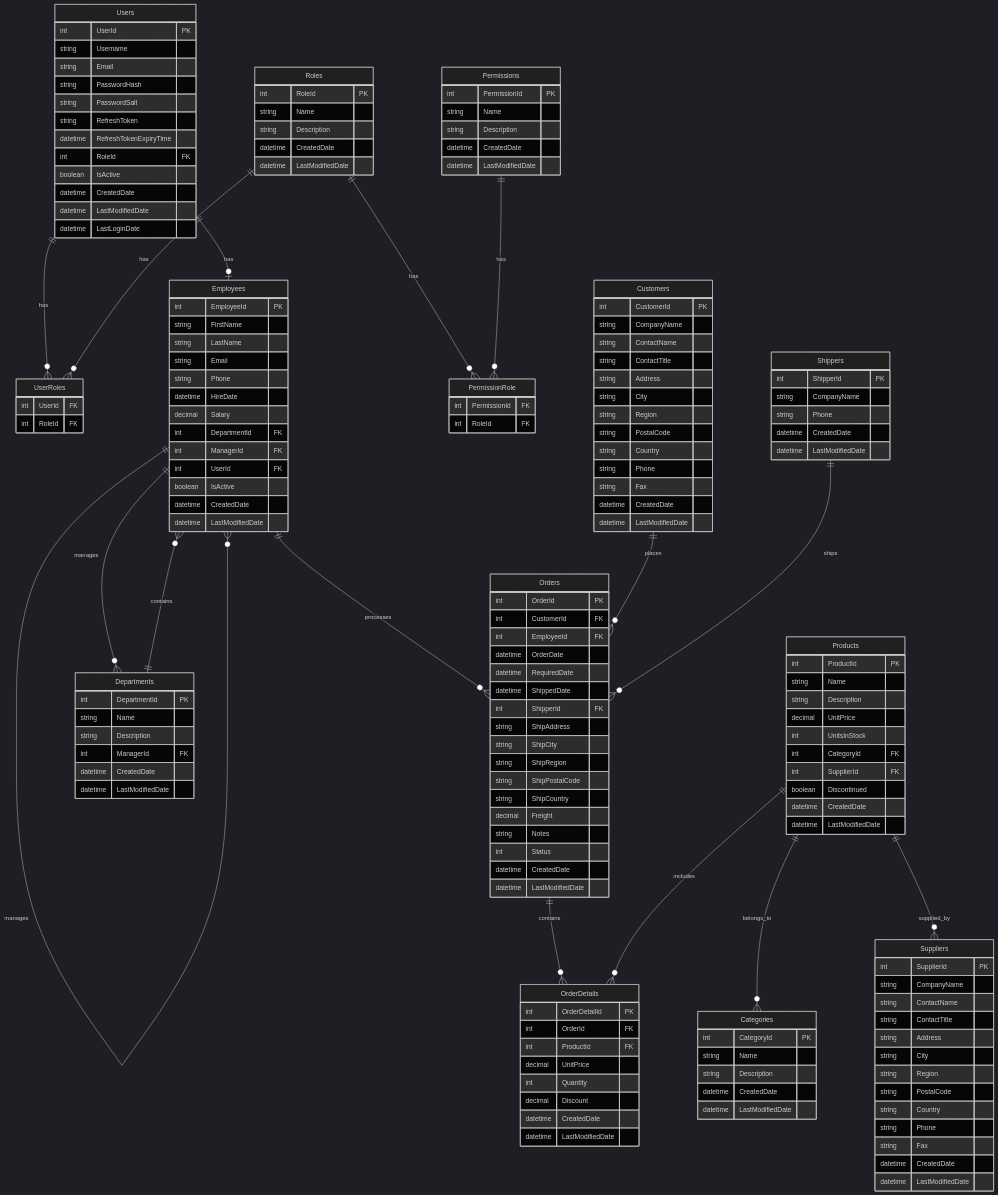
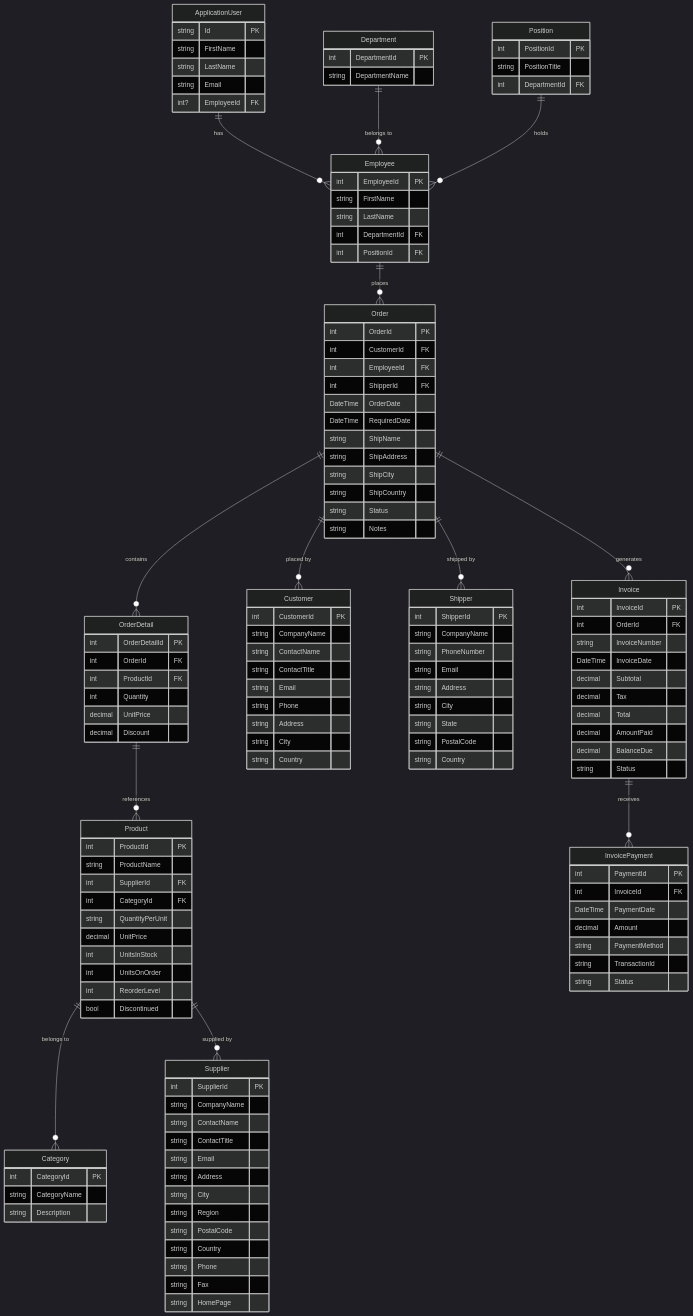
One commit to AbdulMoizQureshi-2640/AdvancedDB changed the diagram in README.md. Above: the diagram before and after it, drawn with Mermaid (dark theme). The commit also changed other lines of this file, not shown here.

````diff
--- a/README.md
+++ b/README.md
@@ -6,82 +1,73 @@
 ```mermaid
 erDiagram
-    Users ||--o{ UserRoles : has
-    Users ||--o| Employees : has
-    Roles ||--o{ UserRoles : has
-    Roles ||--o{ PermissionRole : has
-    Permissions ||--o{ PermissionRole : has
-    Employees ||--o{ Employees : manages
-    Employees ||--o{ Orders : processes
-    Employees ||--o{ Departments : manages
-    Departments ||--o{ Employees : contains
-    Customers ||--o{ Orders : places
-    Orders ||--o{ OrderDetails : contains
-    Products ||--o{ OrderDetails : includes
-    Products ||--o{ Categories : belongs_to
-    Products ||--o{ Suppliers : supplied_by
-    Shippers ||--o{ Orders : ships
-
-    Users {
-        int UserId PK
-        string Username
+    ApplicationUser {
+        string Id PK
+        string FirstName
+        string LastName
         string Email
-        string PasswordHash
-        string PasswordSalt
-        string RefreshToken
-        datetime RefreshTokenExpiryTime
-        int RoleId FK
-        boolean IsActive
-        datetime CreatedDate
-        datetime LastModifiedDate
-        datetime LastLoginDate
+        int? EmployeeId FK
     }
-
-    Roles {
-        int RoleId PK
-        string Name
-        string Description
-        datetime CreatedDate
-        datetime LastModifiedDate
-    }
-
-    Permissions {
-        int PermissionId PK
-        string Name
-        string Description
-        datetime CreatedDate
-        datetime LastModifiedDate
-    }
-
-    Employees {
+    Employee {
         int EmployeeId PK
         string FirstName
         string LastName
-        string Email
-        string Phone
-        datetime HireDate
-        decimal Salary
         int DepartmentId FK
-        int ManagerId FK
-        int UserId FK
-        boolean IsActive
-        datetime CreatedDate
-        datetime LastModifiedDate
+        int PositionId FK
     }
-
-    Departments {
+    Department {
         int DepartmentId PK
-        string Name
+        string DepartmentName
+    }
+    Position {
+        int PositionId PK
+        string PositionTitle
+        int DepartmentId FK
+    }
+    Order {
+        int OrderId PK
+        int CustomerId FK
+        int EmployeeId FK
+        int ShipperId FK
+        DateTime OrderDate
+        DateTime RequiredDate
+        string ShipName
+        string ShipAddress
+        string ShipCity
+        string ShipCountry
+        string Status
+        string Notes
+    }
+    OrderDetail {
+        int OrderDetailId PK
+        int OrderId FK
+        int ProductId FK
+        int Quantity
+        decimal UnitPrice
+        decimal Discount
+    }
+    Product {
+        int ProductId PK
+        string ProductName
+        int SupplierId FK
+        int CategoryId FK
+        string QuantityPerUnit
+        decimal UnitPrice
+        int UnitsInStock
+        int UnitsOnOrder
+        int ReorderLevel
+        bool Discontinued
+    }
+    Category {
+        int CategoryId PK
+        string CategoryName
         string Description
-        int ManagerId FK
-        datetime CreatedDate
-        datetime LastModifiedDate
     }
-
-    Customers {
-        int CustomerId PK
+    Supplier {
+        int SupplierId PK
         string CompanyName
         string ContactName
         string ContactTitle
+        string Email
         string Address
         string City
         string Region
@@ -89,93 +75,62 @@
         string Country
         string Phone
         string Fax
-        datetime CreatedDate
-        datetime LastModifiedDate
+        string HomePage
     }
-
-    Orders {
-        int OrderId PK
-        int CustomerId FK
-        int EmployeeId FK
-        datetime OrderDate
-        datetime RequiredDate
-        datetime ShippedDate
-        int ShipperId FK
-        string ShipAddress
-        string ShipCity
-        string ShipRegion
-        string ShipPostalCode
-        string ShipCountry
-        decimal Freight
-        string Notes
-        int Status
-        datetime CreatedDate
-        datetime LastModifiedDate
-    }
-
-    OrderDetails {
-        int OrderDetailId PK
-        int OrderId FK
-        int ProductId FK
-        decimal UnitPrice
-        int Quantity
-        decimal Discount
-        datetime CreatedDate
-        datetime LastModifiedDate
-    }
-
-    Products {
-        int ProductId PK
-        string Name
-        string Description
-        decimal UnitPrice
-        int UnitsInStock
-        int CategoryId FK
-        int SupplierId FK
-        boolean Discontinued
-        datetime CreatedDate
-        datetime LastModifiedDate
-    }
-
-    Categories {
-        int CategoryId PK
-        string Name
-        string Description
-        datetime CreatedDate
-        datetime LastModifiedDate
-    }
-
-    Suppliers {
-        int SupplierId PK
+    Customer {
+        int CustomerId PK
         string CompanyName
         string ContactName
         string ContactTitle
+        string Email
+        string Phone
         string Address
         string City
-        string Region
+        string Country
+    }
+    Shipper {
+        int ShipperId PK
+        string CompanyName
+        string PhoneNumber
+        string Email
+        string Address
+        string City
+        string State
         string PostalCode
         string Country
-        string Phone
-        string Fax
-        datetime CreatedDate
-        datetime LastModifiedDate
+    }
+    Invoice {
+        int InvoiceId PK
+        int OrderId FK
+        string InvoiceNumber
+        DateTime InvoiceDate
+        decimal Subtotal
+        decimal Tax
+        decimal Total
+        decimal AmountPaid
+        decimal BalanceDue
+        string Status
+    }
+    InvoicePayment {
+        int PaymentId PK
+        int InvoiceId FK
+        DateTime PaymentDate
+        decimal Amount
+        string PaymentMethod
+        string TransactionId
+        string Status
     }
 
-    Shippers {
-        int ShipperId PK
-        string CompanyName
-        string Phone
-        datetime CreatedDate
-        datetime LastModifiedDate
-    }
-
-    UserRoles {
-        int UserId FK
-        int RoleId FK
-    }
-
-    PermissionRole {
-        int PermissionId FK
-        int RoleId FK
-    }
+    ApplicationUser ||--o{ Employee : "has"
+    Employee ||--o{ Order : "places"
+    Department ||--o{ Employee : "belongs to"
+    Position ||--o{ Employee : "holds"
+    Order ||--o{ OrderDetail : "contains"
+    OrderDetail ||--o{ Product : "references"
+    Product ||--o{ Category : "belongs to"
+    Product ||--o{ Supplier : "supplied by"
+    Order ||--o{ Customer : "placed by"
+    Order ||--o{ Shipper : "shipped by"
+    Order ||--o{ Invoice : "generates"
+    Invoice ||--o{ InvoicePayment : "receives"
 ```
````
